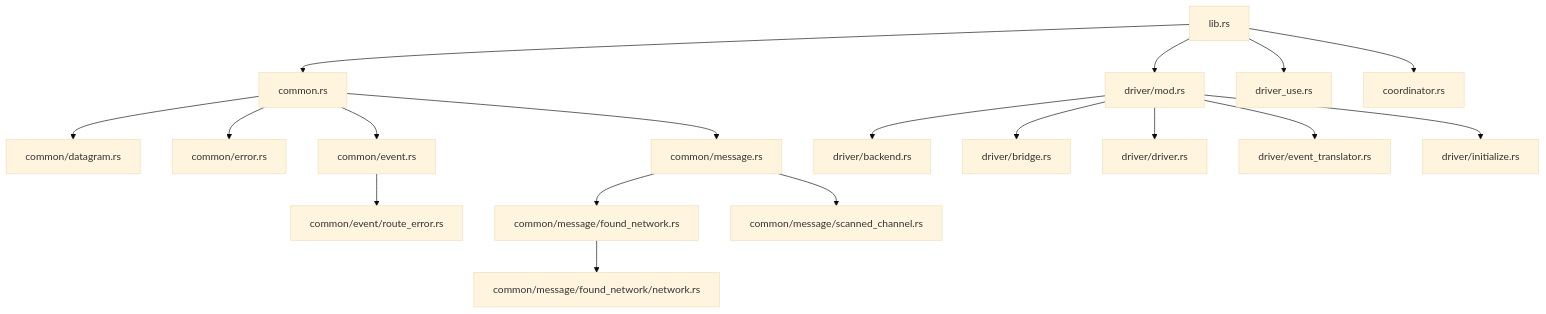
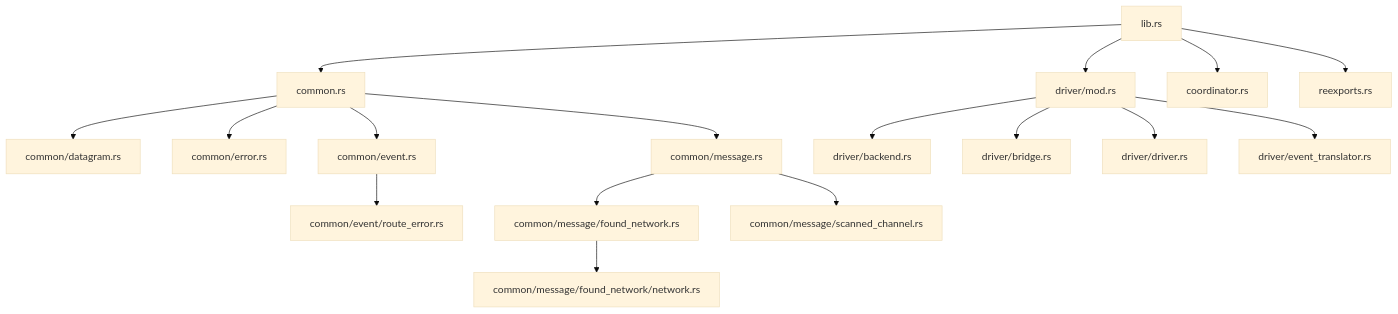
One commit to PaulmannLighting/apis-saltans changed the fourth of 4 diagrams in hw/ARCHITECTURE.md. Above: the diagram before and after it, drawn with Mermaid (base theme). The commit also changed other lines of this file and 6 other files, not shown here.

````diff
--- a/hw/ARCHITECTURE.md
+++ b/hw/ARCHITECTURE.md
@@ -210,20 +190,19 @@
 ```mermaid
 flowchart TD
     lib["lib.rs"] --> common["common.rs"]
     lib --> driver["driver/mod.rs"]
-    lib --> driver_use["driver_use.rs"]
     lib --> coordinator["coordinator.rs"]
+    lib --> reexports["reexports.rs"]
     common --> datagram["common/datagram.rs"]
     common --> error["common/error.rs"]
     common --> event["common/event.rs"]
     event --> route_error["common/event/route_error.rs"]
     common --> message["common/message.rs"]
     message --> found_network["common/message/found_network.rs"]
     found_network --> network["common/message/found_network/network.rs"]
     message --> scanned_channel["common/message/scanned_channel.rs"]
     driver --> backend["driver/backend.rs"]
     driver --> bridge["driver/bridge.rs"]
     driver --> driver_impl["driver/driver.rs"]
     driver --> event_translator["driver/event_translator.rs"]
-    driver --> initialize["driver/initialize.rs"]
 ```
````
